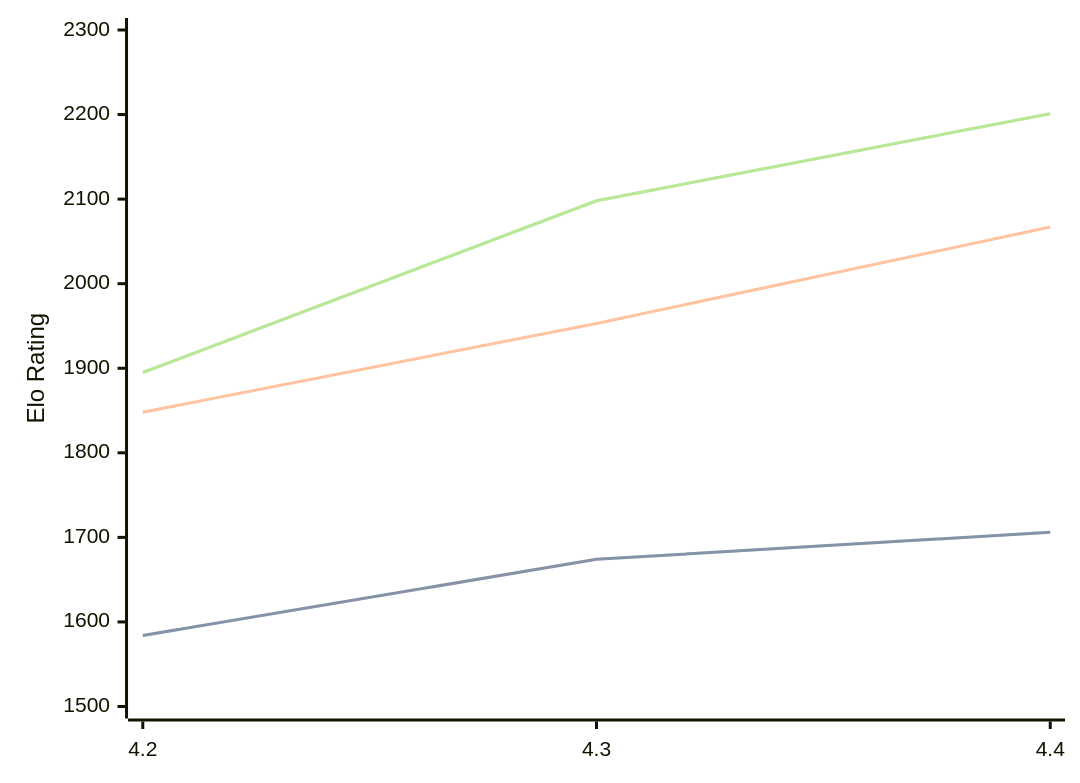
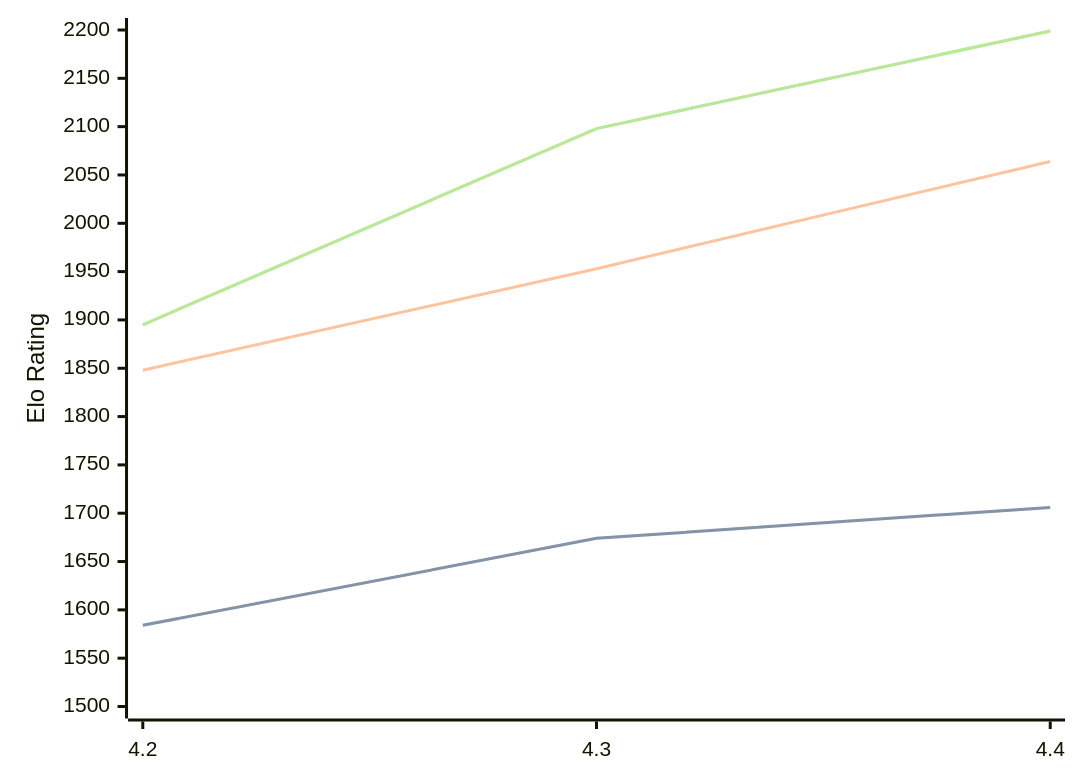
One commit to computer-chess-index/cci changed the diagram in engines/Radiance.md. Above: the diagram before and after it, drawn with Mermaid. The commit also changed other lines of this file, not shown here.

Commit message:
Update CCI Ratings (ELO VLTC) - 2026-09-05

````diff
--- a/engines/Radiance.md
+++ b/engines/Radiance.md
@@ -33,11 +33,11 @@
 ```mermaid
 %%{init: {"theme":"base","themeVariables":{"seriesColors:['#a3a3a3','#222221','#faa371']}}}%%
 xychart-beta
   x-axis ["4.2", "4.3", "4.4"]
-  y-axis "Elo Rating" 1500 --> 2300
+  y-axis "Elo Rating" 1500 --> 2200
   line "" [1584, 1674, 1706]
   line "STC (8.0+0.08s)" [1584, 1674, 1706]
-  line "LTC (60.0+0.60s)" [1848, 1953, 2067]
-  line "" [1895, 2098, 2201]
-  line "VLTC (2m24s+1.12s)" [1895, 2098, 2201]
+  line "LTC (60.0+0.60s)" [1848, 1953, 2064]
+  line "" [1895, 2098, 2199]
+  line "VLTC (2m24s+1.12s)" [1895, 2098, 2199]
 ```
````
